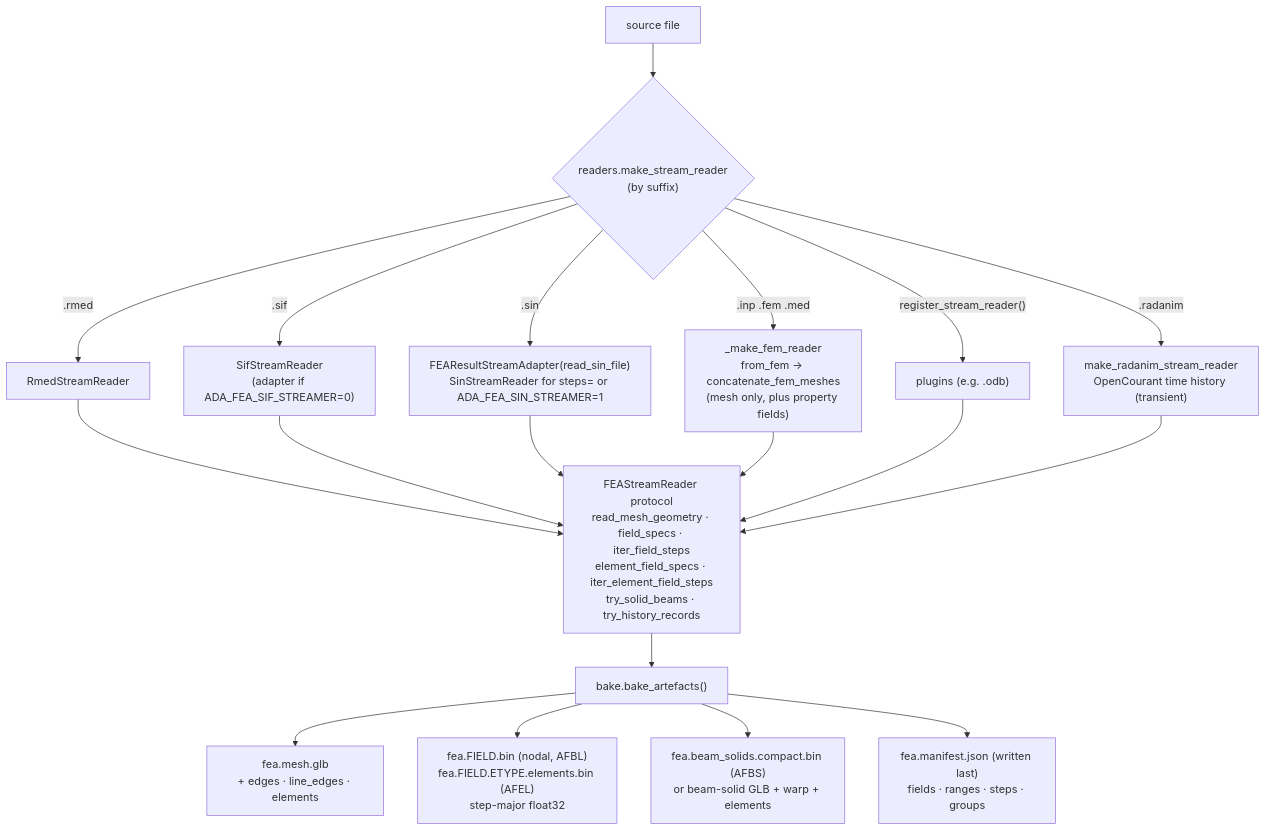
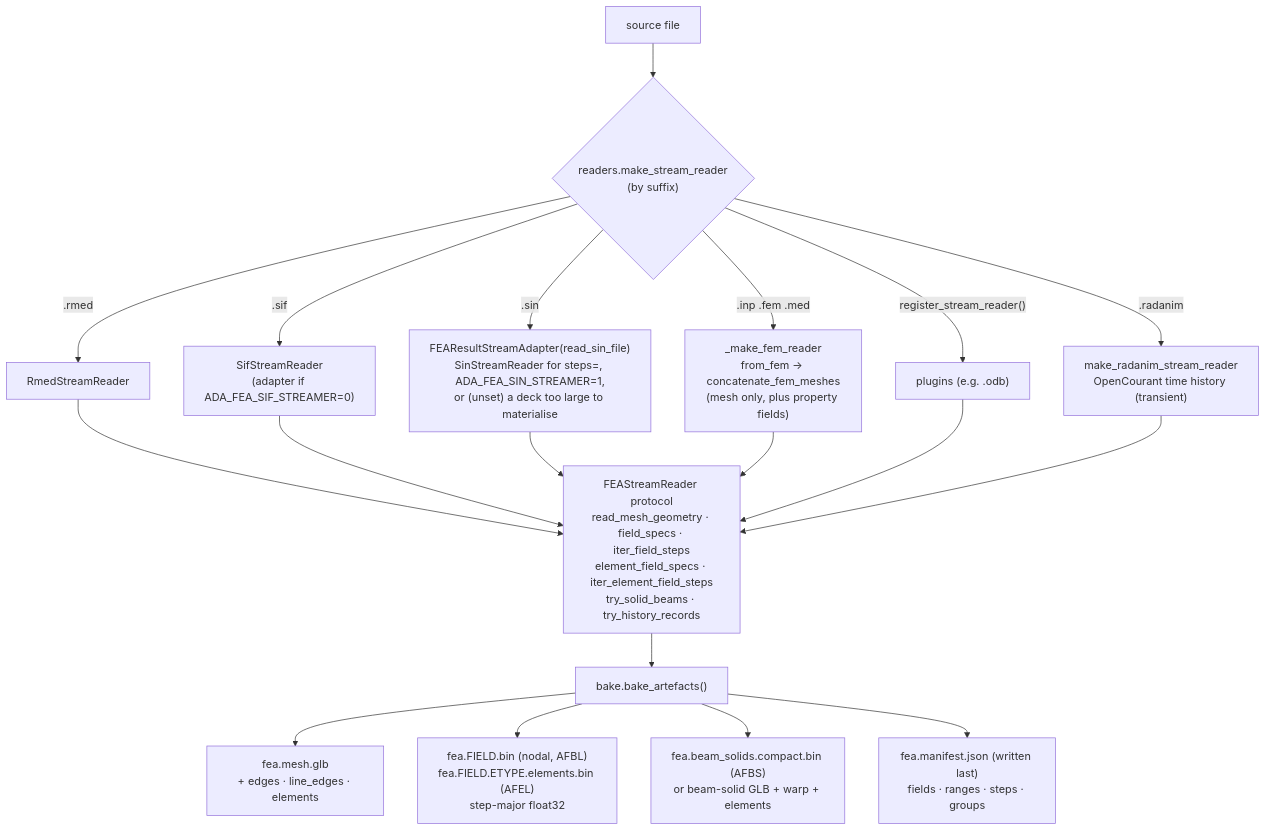
Before and after one commit to Krande/adapy: the seventh of 8 diagrams in docs/architecture/fea.md, drawn with Mermaid. The commit also changed 169 other files, not shown here.

````diff
--- a/docs/architecture/fea.md
+++ b/docs/architecture/fea.md
@@ -300,28 +300,28 @@
 ```mermaid
 flowchart TB
     SRC["source file"] --> REG{"readers.make_stream_reader<br/>(by suffix)"}
     REG -- ".rmed" --> R1["RmedStreamReader"]
     REG -- ".sif" --> R2["SifStreamReader<br/>(adapter if ADA_FEA_SIF_STREAMER=0)"]
-    REG -- ".sin" --> R3["FEAResultStreamAdapter(read_sin_file)<br/>SinStreamReader for steps= or ADA_FEA_SIN_STREAMER=1"]
+    REG -- ".sin" --> R3["FEAResultStreamAdapter(read_sin_file)<br/>SinStreamReader for steps=, ADA_FEA_SIN_STREAMER=1,<br/>or (unset) a deck too large to materialise"]
     REG -- ".radanim" --> R6["make_radanim_stream_reader<br/>OpenCourant time history (transient)"]
     REG -- ".inp .fem .med" --> R4["_make_fem_reader<br/>from_fem → concatenate_fem_meshes<br/>(mesh only, plus property fields)"]
     REG -- "register_stream_reader()" --> R5["plugins (e.g. .odb)"]
     R1 & R2 & R3 & R4 & R5 & R6 --> P["FEAStreamReader protocol<br/>read_mesh_geometry · field_specs · iter_field_steps<br/>element_field_specs · iter_element_field_steps<br/>try_solid_beams · try_history_records"]
     P --> B["bake.bake_artefacts()"]
     B --> M["fea.mesh.glb<br/>+ edges · line_edges · elements"]
     B --> F["fea.FIELD.bin (nodal, AFBL)<br/>fea.FIELD.ETYPE.elements.bin (AFEL)<br/>step-major float32"]
     B --> BS["fea.beam_solids.compact.bin (AFBS)<br/>or beam-solid GLB + warp + elements"]
     B --> MF["fea.manifest.json (written last)<br/>fields · ranges · steps · groups"]
 
     click REG href "https://github.com/Krande/adapy/blob/main/src/ada/fem/results/artefacts/readers.py" "Suffix → stream-reader registry"
     click R1 href "https://github.com/Krande/adapy/blob/main/src/ada/fem/formats/code_aster/read/med_stream_reader.py" "RmedStreamReader"
     click R2 href "https://github.com/Krande/adapy/blob/main/src/ada/fem/formats/sesam/results/sif_stream.py" "SifStreamReader"
     click R3 href "https://github.com/Krande/adapy/blob/main/src/ada/fem/formats/sesam/results/read_sin.py" "read_sin_file / SinStreamReader"
     click R4 href "https://github.com/Krande/adapy/blob/main/src/ada/fem/results/artefacts/readers.py" "_make_fem_reader"
     click P href "https://github.com/Krande/adapy/blob/main/src/ada/fem/results/artefacts/protocol.py" "The FEAStreamReader protocol"
     click B href "https://github.com/Krande/adapy/blob/main/src/ada/fem/results/artefacts/bake.py" "bake_artefacts / bake_fea_artefacts_from_source"
     click M href "https://github.com/Krande/adapy/blob/main/src/ada/fem/results/artefacts/mesh.py" "Mesh GLB and sidecar writers"
     click F href "https://github.com/Krande/adapy/blob/main/src/ada/fem/results/artefacts/fields.py" "FieldBlobWriter / ElementFieldBlobWriter"
     click BS href "https://github.com/Krande/adapy/blob/main/src/ada/fem/results/artefacts/beam_compact.py" "Compact beam-solid instances"
     click MF href "https://github.com/Krande/adapy/blob/main/src/ada/fem/results/artefacts/manifest.py" "build_manifest / write_manifest"
 ```
````
